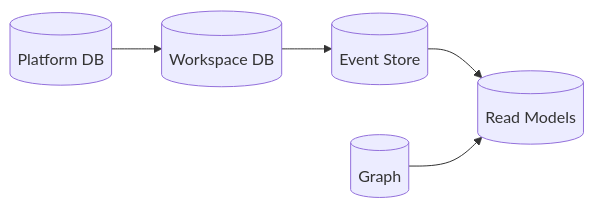
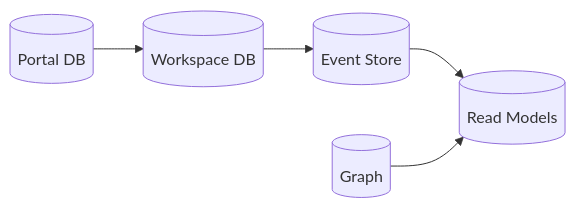
The ninth of 9 diagrams in _drafts/2026-04-23-The-Platform.md (Jacovlogg/jacovlogg.github.io), drawn with Mermaid before and after one commit. The commit also changed other lines of this file and 2 other files, not shown here.

````diff
--- a/_drafts/2026-04-23-The-Platform.md
+++ b/_drafts/2026-04-23-The-Platform.md
@@ -323,13 +348,13 @@
 ```mermaid
 flowchart LR
-    PlatformDB[(Platform DB)]
+    ControlPlaneDB[(Portal DB)]
     WorkspaceDB[(Workspace DB)]
     GraphDB[(Graph)]
     EventStore[(Event Store)]
     ReadModels[(Read Models)]
 
-    PlatformDB --> WorkspaceDB
+    ControlPlaneDB --> WorkspaceDB
     WorkspaceDB --> EventStore
     EventStore --> ReadModels
     GraphDB --> ReadModels
 ```
````
